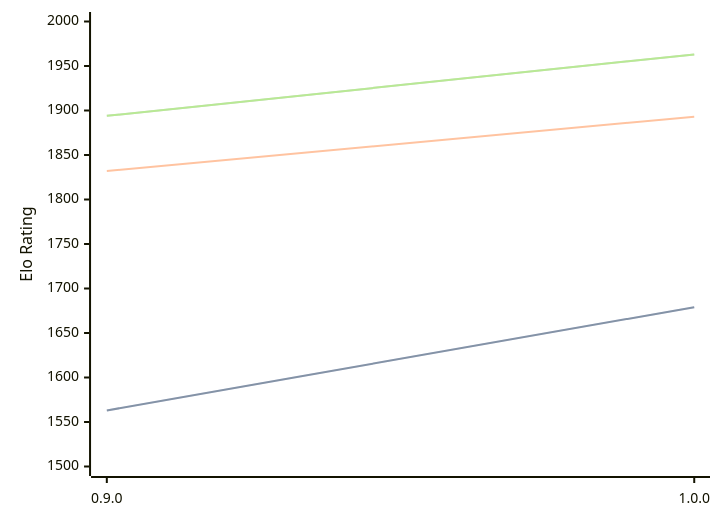
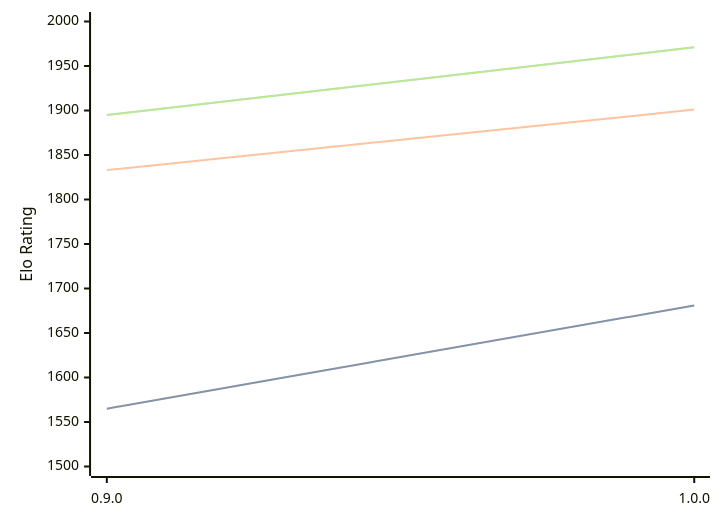
Before and after one commit to computer-chess-index/cci: the diagram in engines/Ratsu.md, drawn with Mermaid. The commit also changed other lines of this file, not shown here.

Commit message:
Update CCI Ratings (ELO VLTC) - 2026-03-14

````diff
--- a/engines/Ratsu.md
+++ b/engines/Ratsu.md
@@ -30,11 +30,11 @@
 ```mermaid
 %%{init: {"theme":"base","themeVariables":{"seriesColors:['#a3a3a3','#222221','#faa371']}}}%%
 xychart-beta
   x-axis ["0.9.0", "1.0.0"]
   y-axis "Elo Rating" 1500 --> 2000
-  line "STC (8.0+0.08s)" [1563, 1679]
-  line "STC (8.0+0.08s)" [1563, 1679]
-  line "LTC (60.0+0.60s)" [1832, 1893]
-  line "VLTC (2m24s+1.12s)" [1894, 1963]
-  line "VLTC (2m24s+1.12s)" [1894, 1963]
+  line "STC (8.0+0.08s)" [1565, 1681]
+  line "STC (8.0+0.08s)" [1565, 1681]
+  line "LTC (60.0+0.60s)" [1833, 1901]
+  line "VLTC (2m24s+1.12s)" [1895, 1971]
+  line "VLTC (2m24s+1.12s)" [1895, 1971]
 ```
````
